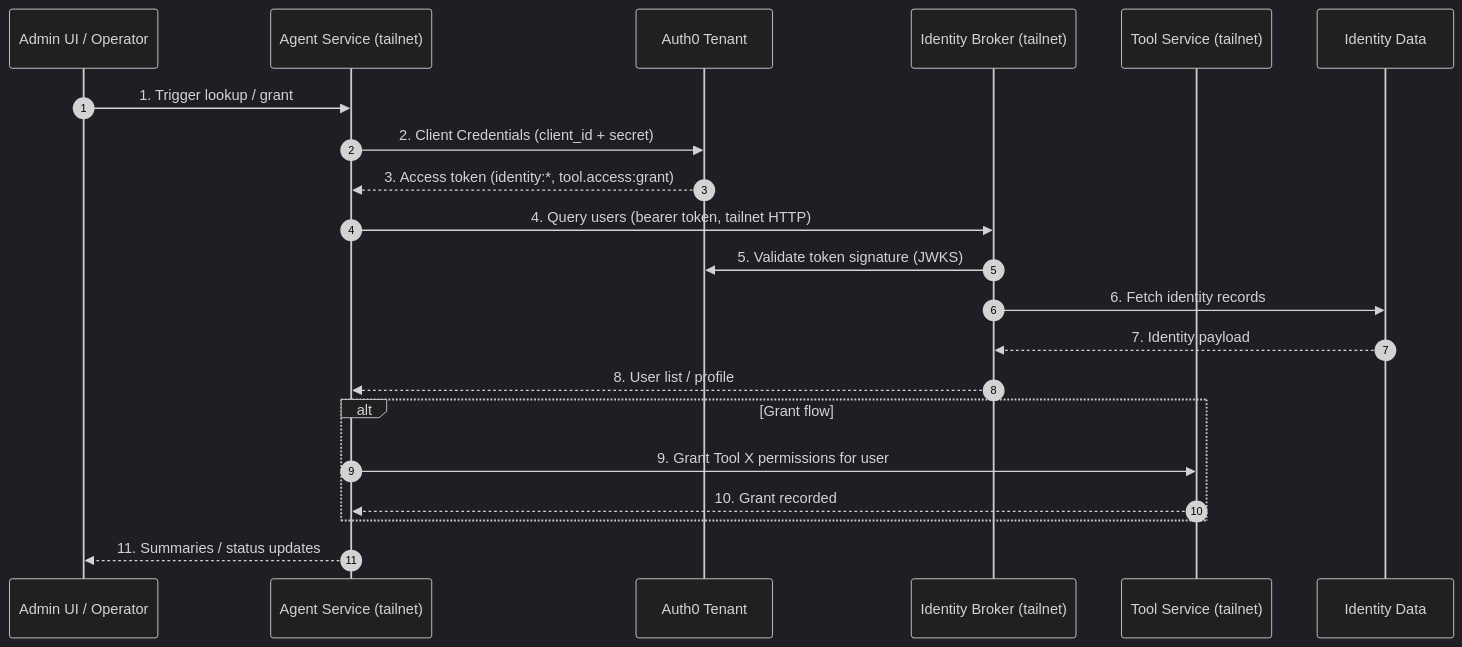
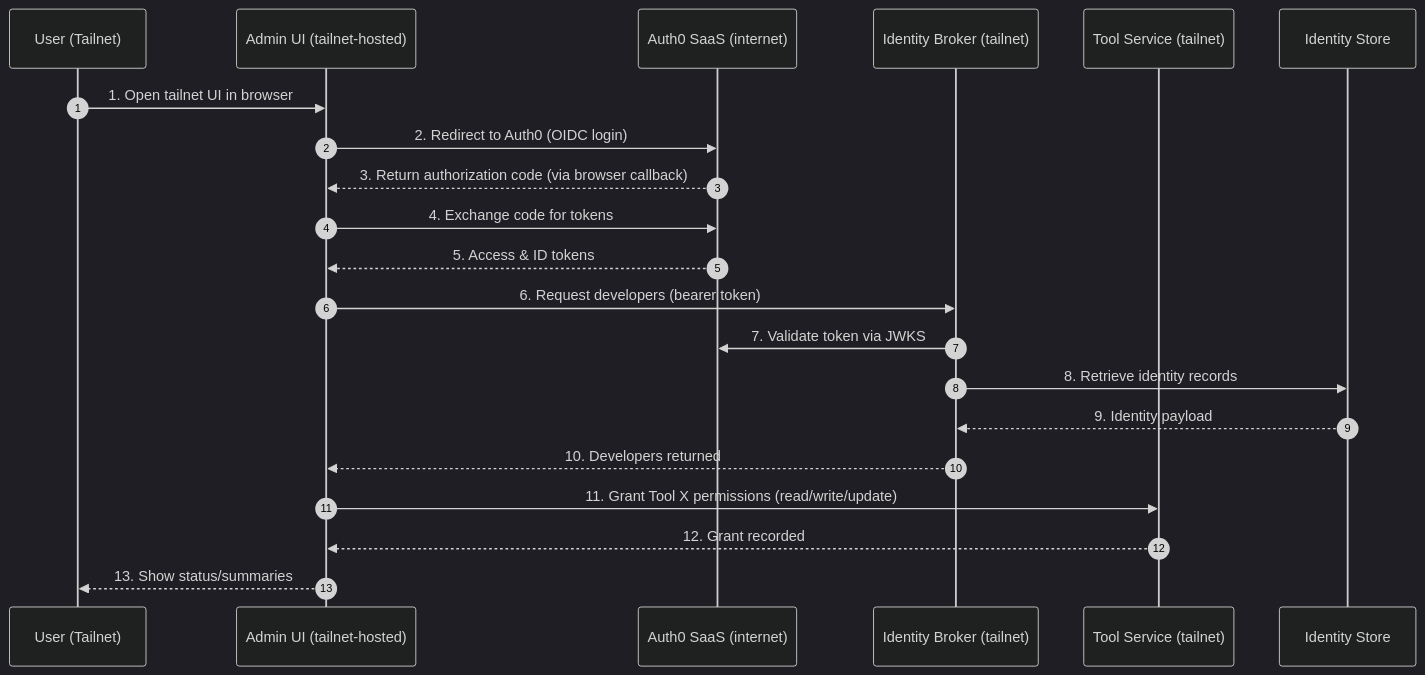
One commit to bharatsindhu/tailnet-agent changed the diagram in docs/architecture.mmd. Above: the diagram before and after it, drawn with Mermaid (dark theme). The commit also changed 2 other files, not shown here.

Commit message:
updating architecture diagram and README.md

```diff
--- a/docs/architecture.mmd
+++ b/docs/architecture.mmd
@@ -1,22 +1,22 @@
 sequenceDiagram
     autonumber
-    participant Admin as Admin UI / Operator
-    participant Agent as Agent Service (tailnet)
-    participant Auth0 as Auth0 Tenant
+    participant User as User (Tailnet)
+    participant AdminUI as Admin UI (tailnet-hosted)
+    participant Auth0 as Auth0 SaaS (internet)
     participant Broker as Identity Broker (tailnet)
     participant Tool as Tool Service (tailnet)
-    participant Data as Identity Data
+    participant Data as Identity Store
 
-    Admin->>Agent: 1. Trigger lookup / grant
-    Agent->>Auth0: 2. Client Credentials (client_id + secret)
-    Auth0-->>Agent: 3. Access token (identity:*, tool.access:grant)
-    Agent->>Broker: 4. Query users (bearer token, tailnet HTTP)
-    Broker->>Auth0: 5. Validate token signature (JWKS)
-    Broker->>Data: 6. Fetch identity records
-    Data-->>Broker: 7. Identity payload
-    Broker-->>Agent: 8. User list / profile
-    alt Grant flow
-        Agent->>Tool: 9. Grant Tool X permissions for user
-        Tool-->>Agent: 10. Grant recorded
-    end
-    Agent-->>Admin: 11. Summaries / status updates
+    User->>AdminUI: 1. Open tailnet UI in browser
+    AdminUI->>Auth0: 2. Redirect to Auth0 (OIDC login)
+    Auth0-->>AdminUI: 3. Return authorization code (via browser callback)
+    AdminUI->>Auth0: 4. Exchange code for tokens
+    Auth0-->>AdminUI: 5. Access & ID tokens
+    AdminUI->>Broker: 6. Request developers (bearer token)
+    Broker->>Auth0: 7. Validate token via JWKS
+    Broker->>Data: 8. Retrieve identity records
+    Data-->>Broker: 9. Identity payload
+    Broker-->>AdminUI: 10. Developers returned
+    AdminUI->>Tool: 11. Grant Tool X permissions (read/write/update)
+    Tool-->>AdminUI: 12. Grant recorded
+    AdminUI-->>User: 13. Show status/summaries
```
